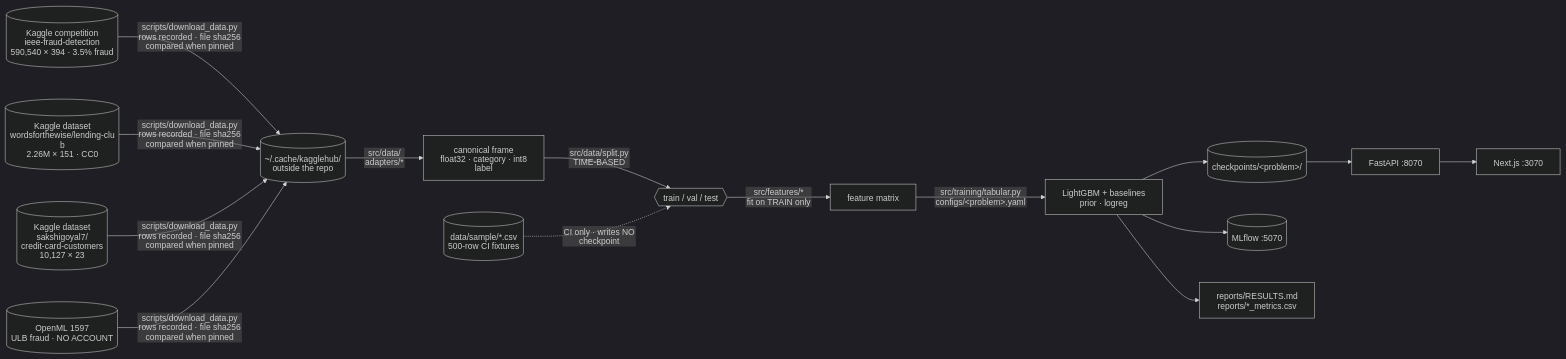
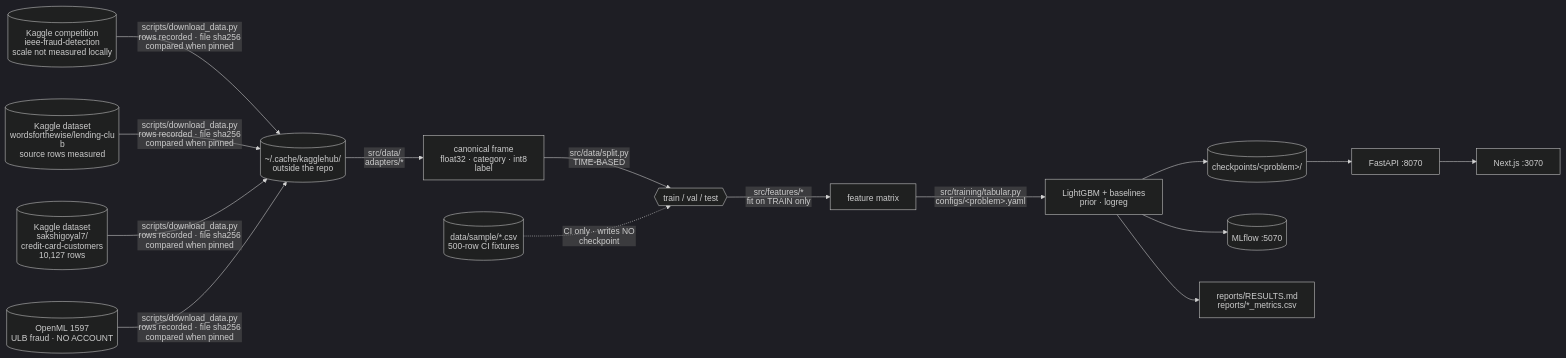
One commit to armandogon94/Portfolio-ML-System changed the diagram in docs/diagrams/pipeline-dag.mmd. Above: the diagram before and after it, drawn with Mermaid (dark theme). The commit also changed 49 other files, not shown here.

```diff
--- a/docs/diagrams/pipeline-dag.mmd
+++ b/docs/diagrams/pipeline-dag.mmd
@@ -1,16 +1,16 @@
 %%{init: {'htmlLabels': false, 'fontFamily': 'arial, helvetica, sans-serif', 'flowchart': {'htmlLabels': false, 'padding': 16, 'nodeSpacing': 60, 'rankSpacing': 70, 'useMaxWidth': true}}}%%
 flowchart LR
-    K1[("Kaggle competition<br/>ieee-fraud-detection<br/>590,540 × 394 · 3.5% fraud")]
-    K2[("Kaggle dataset<br/>wordsforthewise/lending-club<br/>2.26M × 151 · CC0")]
-    K3[("Kaggle dataset<br/>sakshigoyal7/<br/>credit-card-customers<br/>10,127 × 23")]
+    K1[("Kaggle competition<br/>ieee-fraud-detection<br/>scale not measured locally")]
+    K2[("Kaggle dataset<br/>wordsforthewise/lending-club<br/>source rows measured")]
+    K3[("Kaggle dataset<br/>sakshigoyal7/<br/>credit-card-customers<br/>10,127 rows")]
     OML[("OpenML 1597<br/>ULB fraud · NO ACCOUNT")]
     K1 & K2 & K3 & OML -->|"scripts/download_data.py<br/>rows recorded · file sha256<br/>compared when pinned"| C[("~/.cache/kagglehub/<br/>outside the repo")]
     C -->|"src/data/<br/>adapters/*"| P["canonical frame<br/>float32 · category · int8 label"]
     P -->|"src/data/split.py<br/>TIME-BASED"| T{{"train / val / test"}}
     T -->|"src/features/*<br/>fit on TRAIN only"| X["feature matrix"]
     X -->|"src/training/tabular.py<br/>configs/&lt;problem&gt;.yaml"| MDL["LightGBM + baselines<br/>prior · logreg"]
     MDL --> CK[("checkpoints/&lt;problem&gt;/")]
     MDL --> ML[("MLflow :5070")]
     MDL --> RES["reports/RESULTS.md<br/>reports/*_metrics.csv"]
     CK --> API["FastAPI :8070"] --> WEB["Next.js :3070"]
     SMP[("data/sample/*.csv<br/>500-row CI fixtures")] -.->|"CI only · writes NO checkpoint"| T
```
